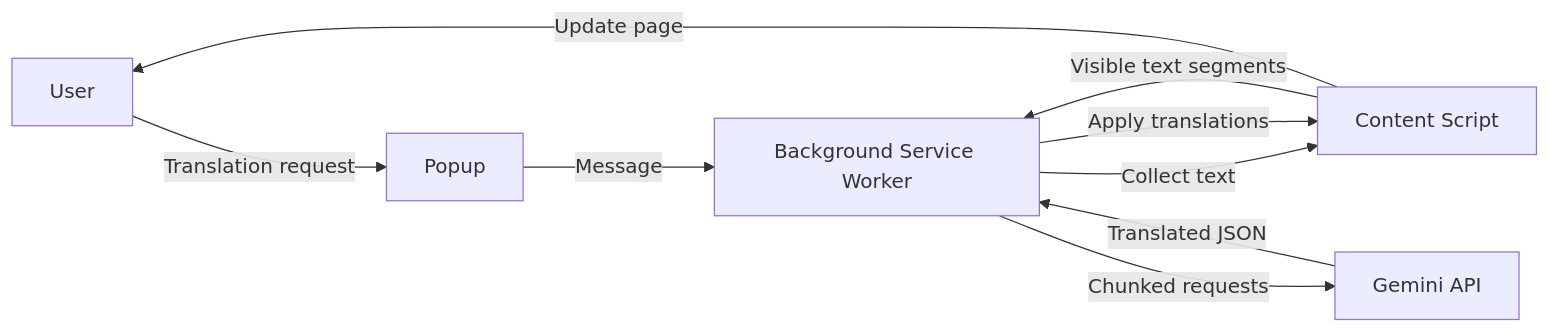
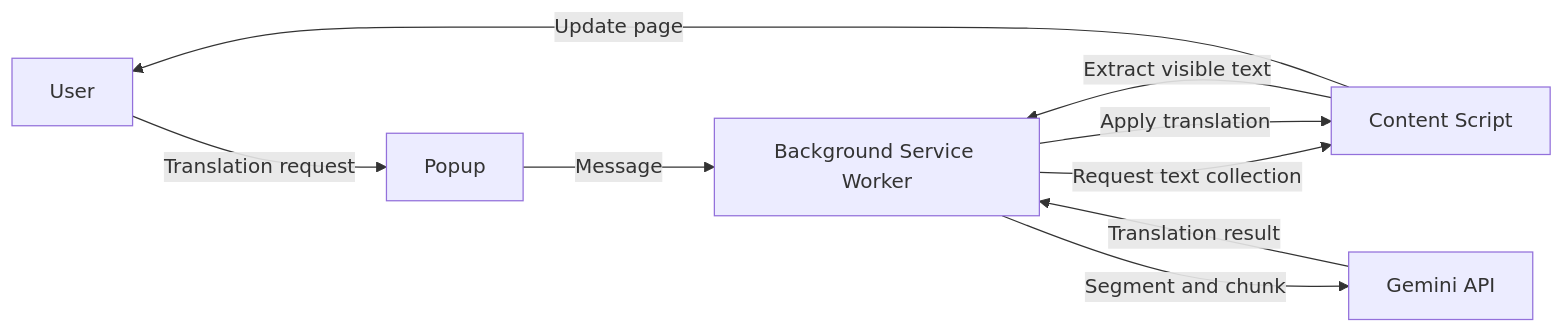
Before and after one commit to NANMAZINO/context-translator: the diagram in README.md, drawn with Mermaid. The commit also changed other lines of this file and 1 other file, not shown here.

Commit message:
Polish and restore README content

````diff
--- a/README.md
+++ b/README.md
@@ -38,11 +77,11 @@
 ```mermaid
 flowchart LR
     A["User"] -->|Translation request| B["Popup"]
     B -->|Message| C["Background Service Worker"]
-    C -->|Collect text| D["Content Script"]
-    D -->|Visible text segments| C
-    C -->|Chunked requests| E["Gemini API"]
-    E -->|Translated JSON| C
-    C -->|Apply translations| D
+    C -->|Request text collection| D["Content Script"]
+    D -->|Extract visible text| C
+    C -->|Segment and chunk| E["Gemini API"]
+    E -->|Translation result| C
+    C -->|Apply translation| D
     D -->|Update page| A
 ```
````
